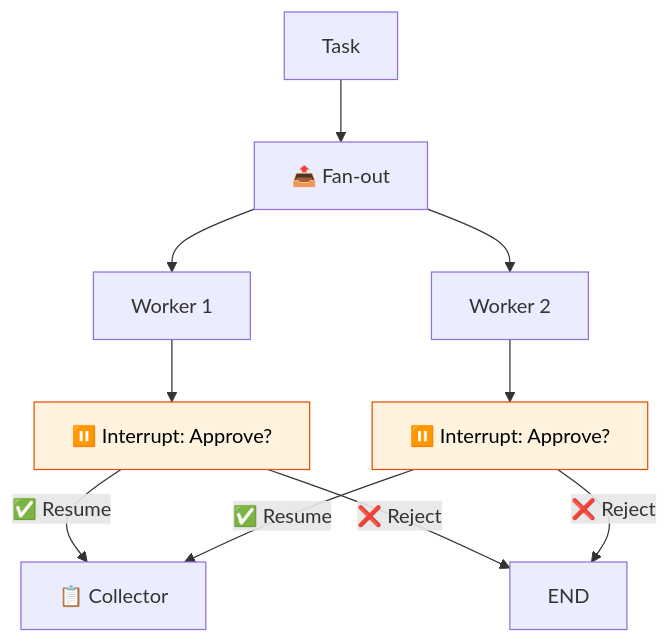
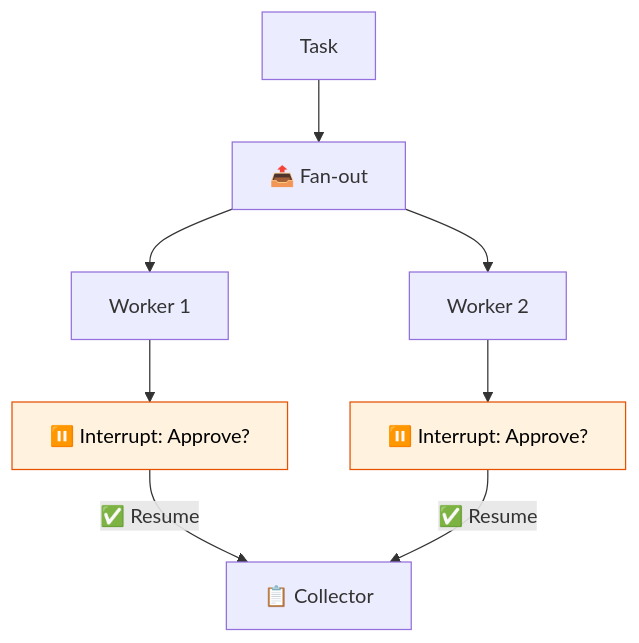
One commit to remolaan/Agentic-AI-Cookbook changed the diagram in 43_swarm_approval_project/README.md. Above: the diagram before and after it, drawn with Mermaid. The commit also changed other lines of this file and 30 other files, not shown here.

````diff
--- a/43_swarm_approval_project/README.md
+++ b/43_swarm_approval_project/README.md
@@ -5,14 +5,12 @@
 ```mermaid
 flowchart TD
     Q["Task"] --> F["📤 Fan-out"]
     F --> W1["Worker 1"]
     F --> W2["Worker 2"]
     W1 --> I1["⏸️ Interrupt: Approve?"]
     W2 --> I2["⏸️ Interrupt: Approve?"]
     I1 -->|"✅ Resume"| C["📋 Collector"]
     I2 -->|"✅ Resume"| C
-    I1 -->|"❌ Reject"| E["END"]
-    I2 -->|"❌ Reject"| E
     style I1 fill:#fff3e0,stroke:#e65100,color:#000000
     style I2 fill:#fff3e0,stroke:#e65100,color:#000000
 ```
````
